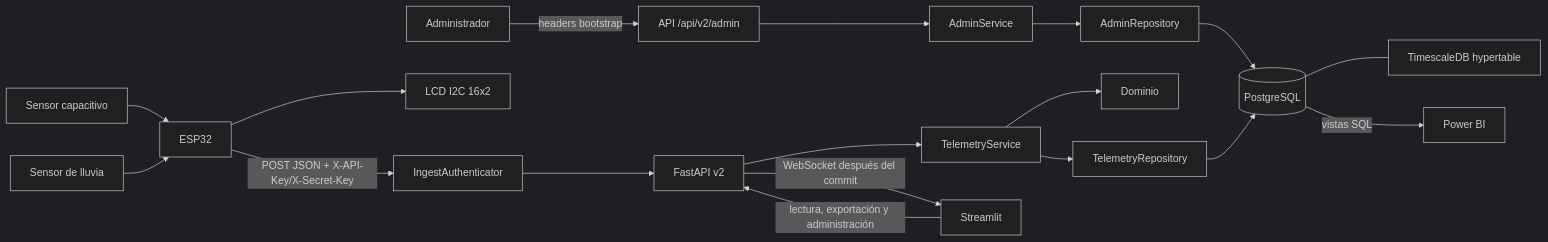
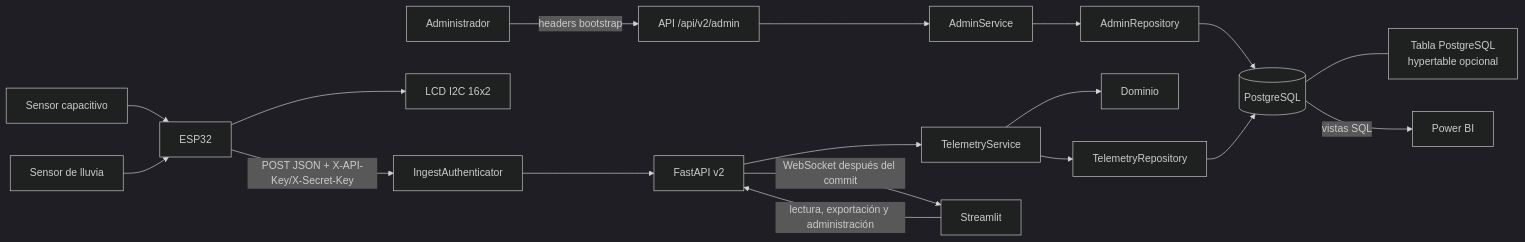
Before and after one commit to carlosflorez183/U: the first of 2 diagrams in docs/ARQUITECTURA_PROYECTO.md, drawn with Mermaid (dark theme). The commit also changed other lines of this file and 14 other files, not shown here.

First line of the commit message:
docs: enhance PostgreSQL portability and environment security

````diff
--- a/docs/ARQUITECTURA_PROYECTO.md
+++ b/docs/ARQUITECTURA_PROYECTO.md
@@ -5,21 +5,21 @@
 ```mermaid
 flowchart LR
   ADMIN[Administrador] -->|headers bootstrap| APIA[API /api/v2/admin]
   APIA --> AS[AdminService]
   AS --> AR[AdminRepository]
   AR --> PG[(PostgreSQL)]
 
   S1[Sensor capacitivo] --> ESP[ESP32]
   S2[Sensor de lluvia] --> ESP
   ESP --> LCD[LCD I2C 16x2]
   ESP -->|POST JSON + X-API-Key/X-Secret-Key| AUTH[IngestAuthenticator]
   AUTH --> API[FastAPI v2]
   API --> APP[TelemetryService]
   APP --> DOM[Dominio]
   APP --> PORT[TelemetryRepository]
   PORT --> PG
-  PG --- TS[TimescaleDB hypertable]
+  PG --- MODE[Tabla PostgreSQL<br/>hypertable opcional]
   API -->|WebSocket después del commit| ST[Streamlit]
   ST -->|lectura, exportación y administración| API
   PG -->|vistas SQL| PBI[Power BI]
 ```
````
